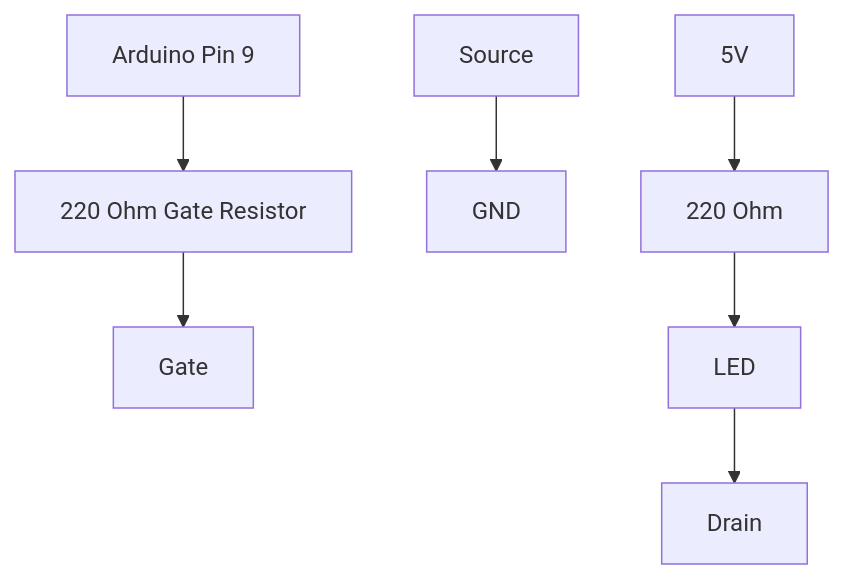
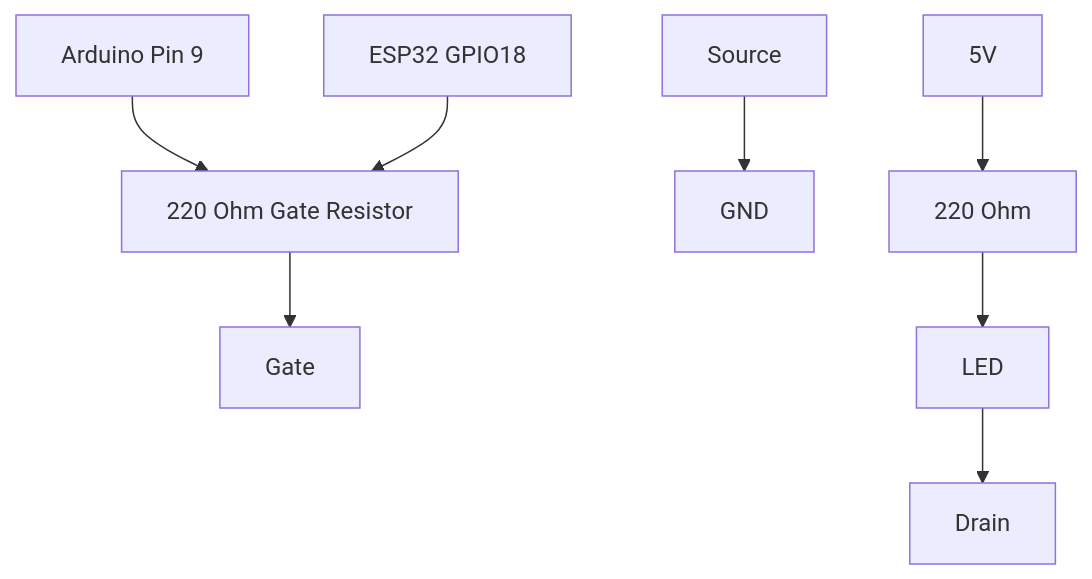
One commit to jaimetriv/power-electronics-and-control-training changed the diagram in docs/04_MOSFET_Fundamentals.md. Above: the diagram before and after it, drawn with Mermaid. The commit also changed other lines of this file, not shown here.

Commit message:
docs(04_mosfet_fundamentals): align with esp32/owon baseline and add safety notes

````diff
--- a/docs/04_MOSFET_Fundamentals.md
+++ b/docs/04_MOSFET_Fundamentals.md
@@ -360,19 +361,23 @@
 ```mermaid
 graph TD
 
 A[Arduino Pin 9]
 
+A2[ESP32 GPIO18]
+
 A --> B[220 Ohm Gate Resistor]
+
+A2 --> B
 
 B --> C[Gate]
 
 D[Source]
 --> E[GND]
 
 F[5V]
 --> G[220 Ohm]
 
 G --> H[LED]
 
 H --> I[Drain]
 ```
````
